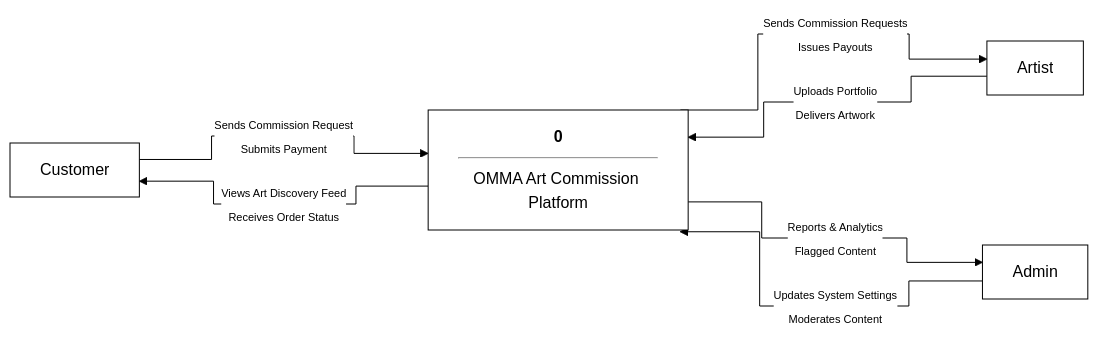
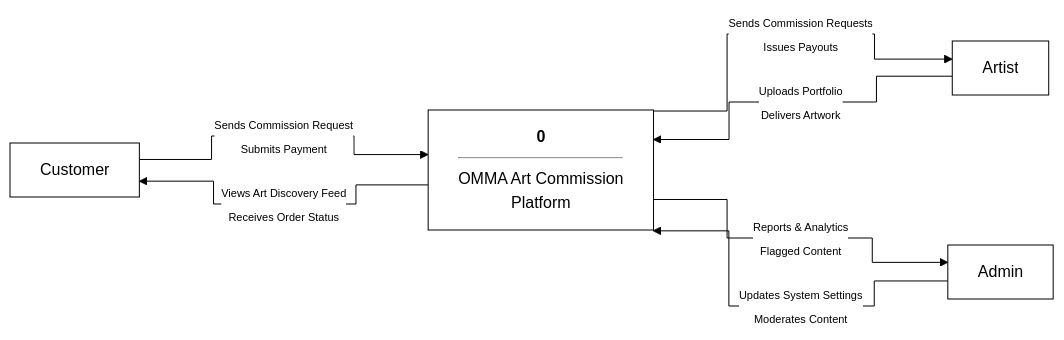
Before and after one commit to binssente-crypto/DFD: the first of 3 diagrams in README.md, drawn with Mermaid. The commit also changed other lines of this file, not shown here.

Commit message:
Fix text cutoff in Level 0 OMMA Platform node

````diff
--- a/README.md
+++ b/README.md
@@ -8,18 +8,18 @@
 ```mermaid
 %%{init: { 'flowchart': { 'curve': 'step', 'nodeSpacing': 150, 'rankSpacing': 150 }, 'theme': 'base', 'themeVariables': { 'primaryColor': '#ffffff', 'primaryBorderColor': '#000000', 'primaryTextColor': '#000000', 'lineColor': '#000000', 'background': '#ffffff', 'edgeLabelBackground': '#ffffff' } }}%%
 graph LR
     Customer[Customer]
     Admin[Admin]
     Artist[Artist]
     
-    P0["<b>0</b><hr/>OMMA Art Commission Platform"]
+    P0["<b>0</b><hr/>OMMA Art Commission<br/>Platform"]
     
     Customer -- "<span style='font-size: 11px'>Sends Commission Request<br/>Submits Payment</span>" --> P0
     P0 -- "<span style='font-size: 11px'>Views Art Discovery Feed<br/>Receives Order Status</span>" --> Customer
     
     Artist -- "<span style='font-size: 11px'>Uploads Portfolio<br/>Delivers Artwork</span>" --> P0
     P0 -- "<span style='font-size: 11px'>Sends Commission Requests<br/>Issues Payouts</span>" --> Artist
     
     Admin -- "<span style='font-size: 11px'>Updates System Settings<br/>Moderates Content</span>" --> P0
     P0 -- "<span style='font-size: 11px'>Reports & Analytics<br/>Flagged Content</span>" --> Admin
 ```
````
